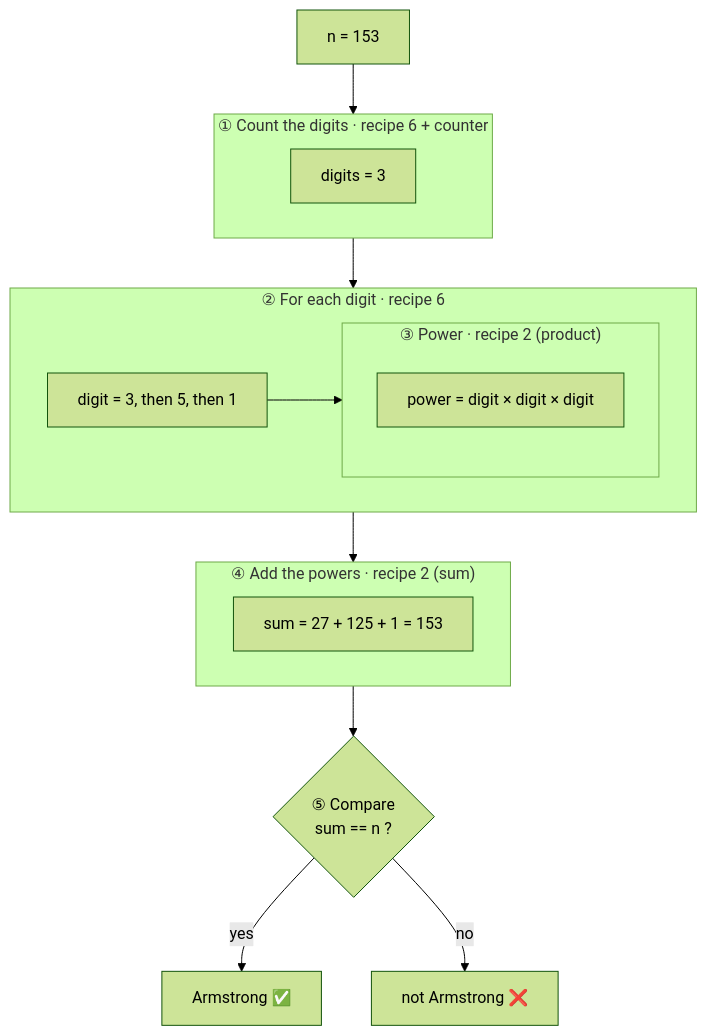
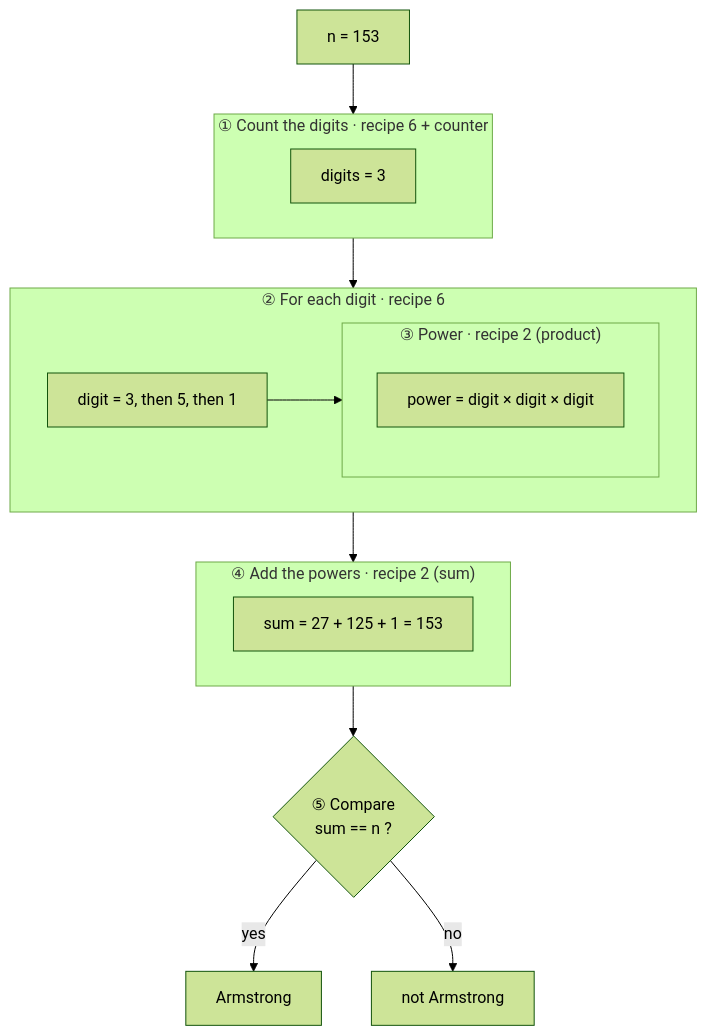
Before and after one commit to lfarci/csharp-programming-fundamentals: the first of 2 diagrams in cookbook/combining-recipes.md, drawn with Mermaid (forest theme). The commit also changed other lines of this file and 242 other files, not shown here.

````diff
--- a/cookbook/combining-recipes.md
+++ b/cookbook/combining-recipes.md
@@ -12,24 +12,24 @@
 ```mermaid
 flowchart TD
     accTitle: Armstrong check for 153
     accDescr: Armstrong check for n equal to 153. Step 1 counts the digits: 3. Step 2 takes each digit: 3, then 5, then 1. Step 3 raises each digit to the power 3 with a product. Step 4 adds the powers: 27 plus 125 plus 1 is 153. Step 5 compares the sum with n: equal means Armstrong, different means not Armstrong.
     N["n = 153"] --> STEP1
     subgraph STEP1["① Count the digits · recipe 6 + counter"]
         C1["digits = 3"]
     end
     STEP1 --> STEP2
     subgraph STEP2["② For each digit · recipe 6"]
         D1["digit = 3, then 5, then 1"]
         subgraph STEP3["③ Power · recipe 2 (product)"]
             P1["power = digit × digit × digit"]
         end
         D1 --> STEP3
     end
     STEP2 --> STEP4
     subgraph STEP4["④ Add the powers · recipe 2 (sum)"]
         S1["sum = 27 + 125 + 1 = 153"]
     end
     STEP4 --> STEP5{"⑤ Compare<br/>sum == n ?"}
-    STEP5 -- yes --> Y["Armstrong ✅"]
-    STEP5 -- no --> X["not Armstrong ❌"]
+    STEP5 -- yes --> Y["Armstrong "]
+    STEP5 -- no --> X["not Armstrong "]
 ```
````
